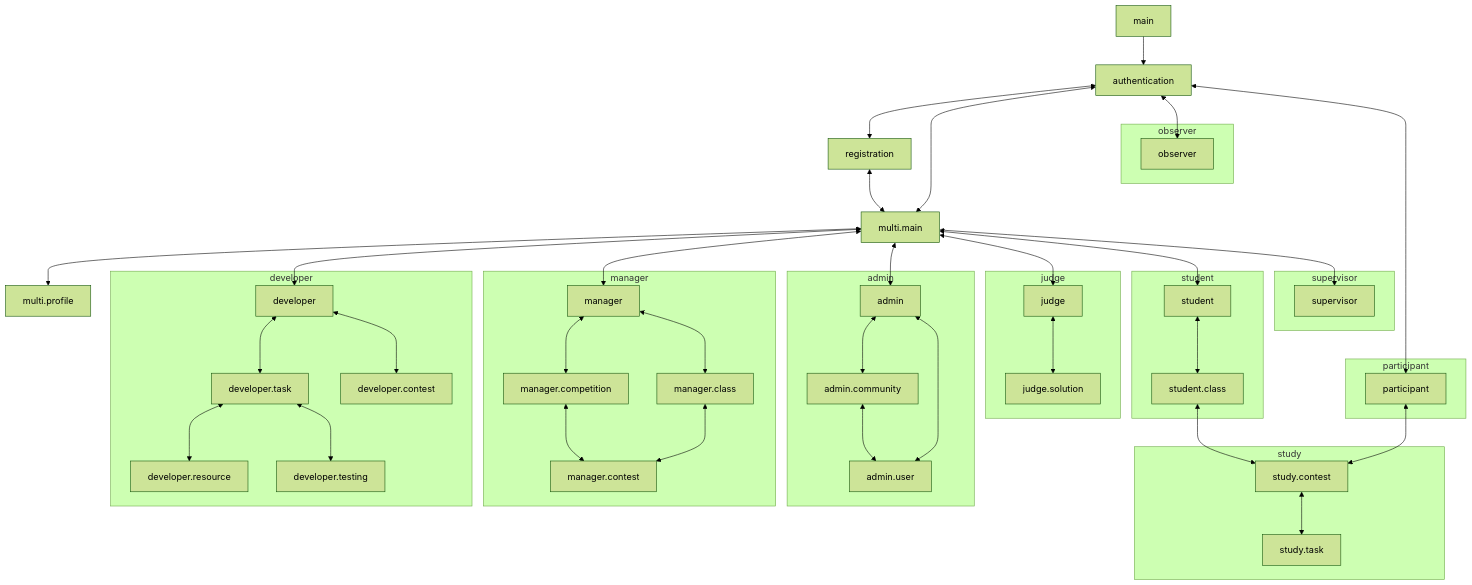
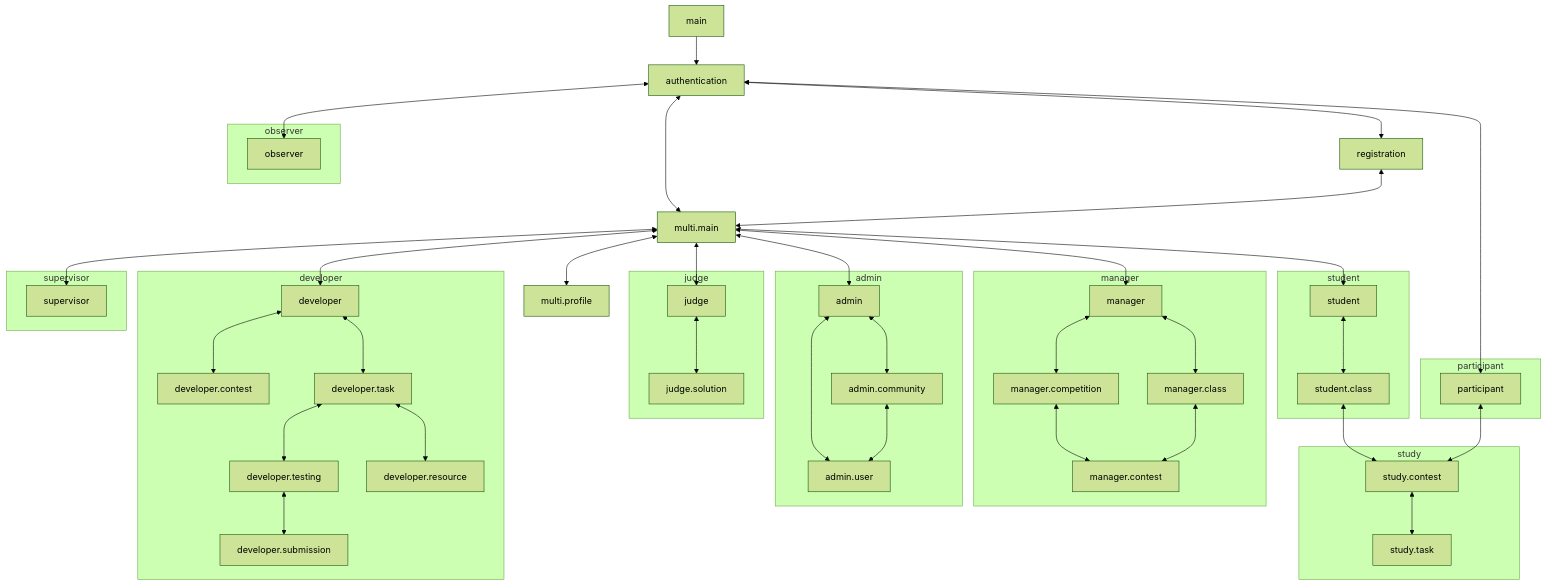
Before and after one commit to trik-testsys/testsys-app: the diagram in docs/domain/features.md, drawn with Mermaid (forest theme). The commit also changed other lines of this file and 24 other files, not shown here.

Commit message:
feat: Added developer submission page with logs and recording downloads (#42)

```diff
--- a/docs/domain/features.md
+++ b/docs/domain/features.md
@@ -3889,6 +3898,7 @@
     DeveloperContest[developer.contest];
     DeveloperTask[developer.task];
     DeveloperTesting[developer.testing];
+    DeveloperSubmission[developer.submission];
     DeveloperResource[developer.resource];
 
     Manager[manager];
@@ -3932,6 +3942,7 @@
         Developer<-->DeveloperContest;
         DeveloperTask<-->DeveloperResource;
         DeveloperTask<-->DeveloperTesting;
+        DeveloperTesting<-->DeveloperSubmission;
     end
 
     subgraph manager
```
